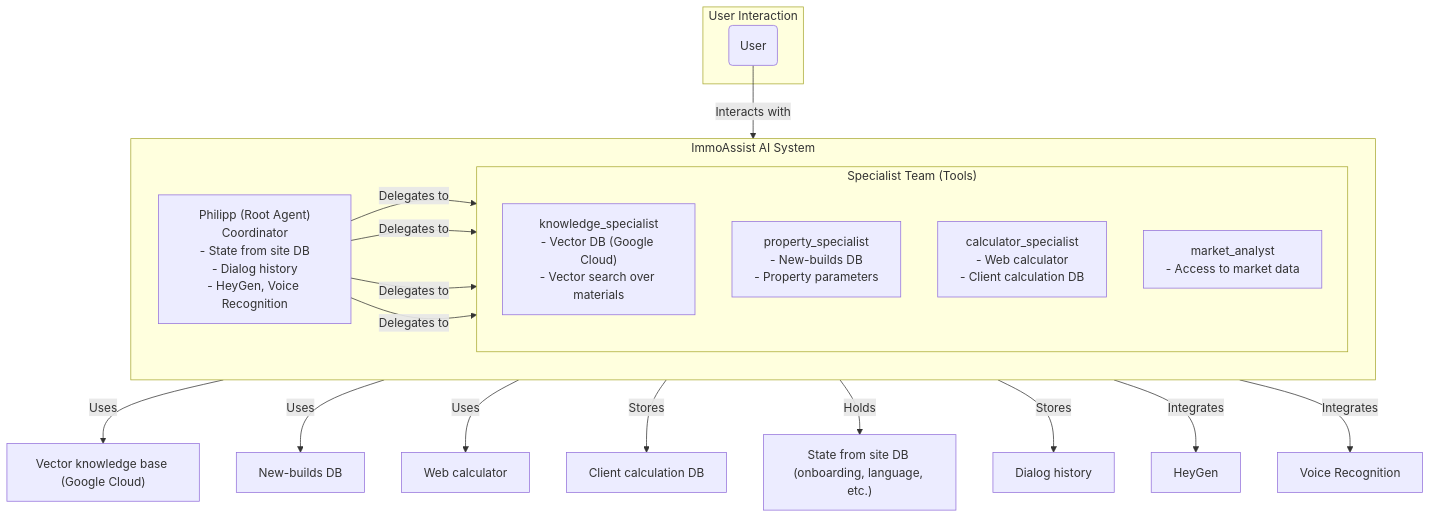
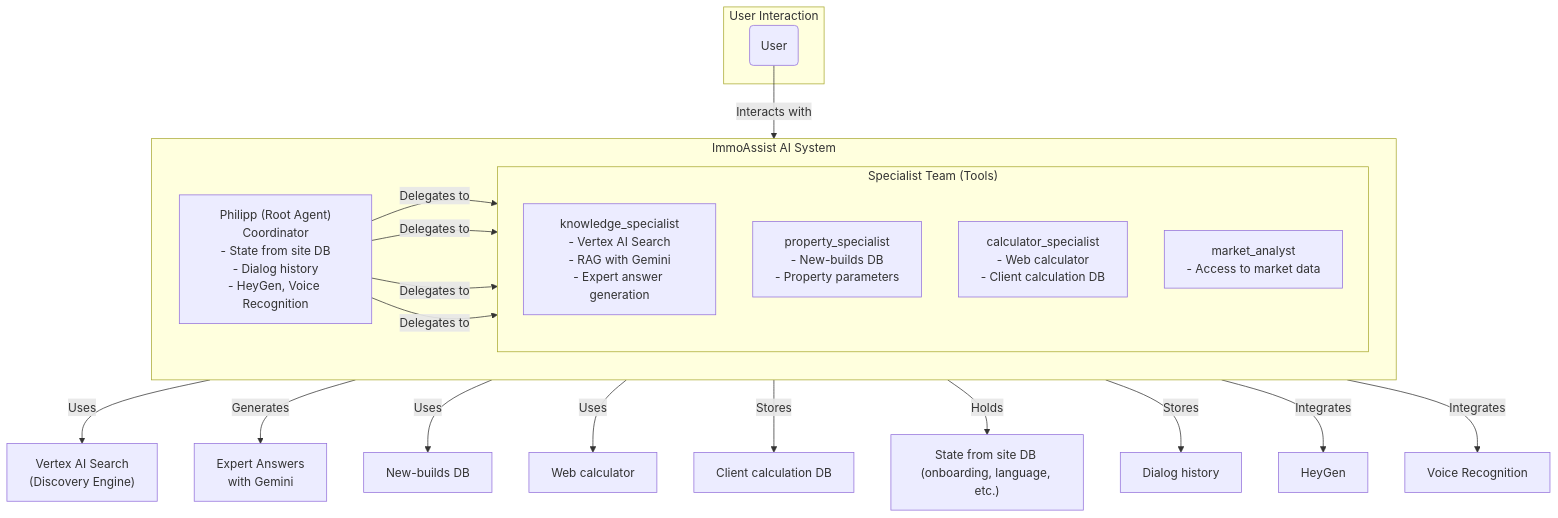
One commit to Qlefia/immoassist-agent changed the diagram in README.md. Above: the diagram before and after it, drawn with Mermaid. The commit also changed other lines of this file and 6 other files, not shown here.

````diff
--- a/README.md
+++ b/README.md
@@ -14,33 +14,34 @@
 ```mermaid
 graph TD
     subgraph "User Interaction"
         User(User)
     end
 
     subgraph "ImmoAssist AI System"
         direction LR
         Root["Philipp (Root Agent)\nCoordinator\n- State from site DB\n- Dialog history\n- HeyGen, Voice Recognition"]
 
         subgraph "Specialist Team (Tools)"
             direction TB
-            Knowledge["knowledge_specialist\n- Vector DB (Google Cloud)\n- Vector search over materials"]
+            Knowledge["knowledge_specialist\n- Vertex AI Search\n- RAG with Gemini\n- Expert answer generation"]
             Property["property_specialist\n- New-builds DB\n- Property parameters"]
             Calculator["calculator_specialist\n- Web calculator\n- Client calculation DB"]
             Market["market_analyst\n- Access to market data"]
         end
     end
 
     User -- Interacts with --> Root
     Root -- Delegates to --> Knowledge
     Root -- Delegates to --> Property
     Root -- Delegates to --> Calculator
     Root -- Delegates to --> Market
-    Knowledge -- Uses --> VecDB["Vector knowledge base (Google Cloud)"]
+    Knowledge -- Uses --> VertexSearch["Vertex AI Search\n(Discovery Engine)"]
+    Knowledge -- Generates --> ExpertAnswers["Expert Answers\nwith Gemini"]
     Property -- Uses --> PropDB["New-builds DB"]
     Calculator -- Uses --> CalcSrv["Web calculator"]
     Calculator -- Stores --> CalcDB["Client calculation DB"]
     Root -- Holds --> StateDB["State from site DB (onboarding, language, etc.)"]
     Root -- Stores --> Dialogs["Dialog history"]
     Root -- Integrates --> HeyGen["HeyGen"]
     Root -- Integrates --> VoiceRec["Voice Recognition"]
 ```
````
